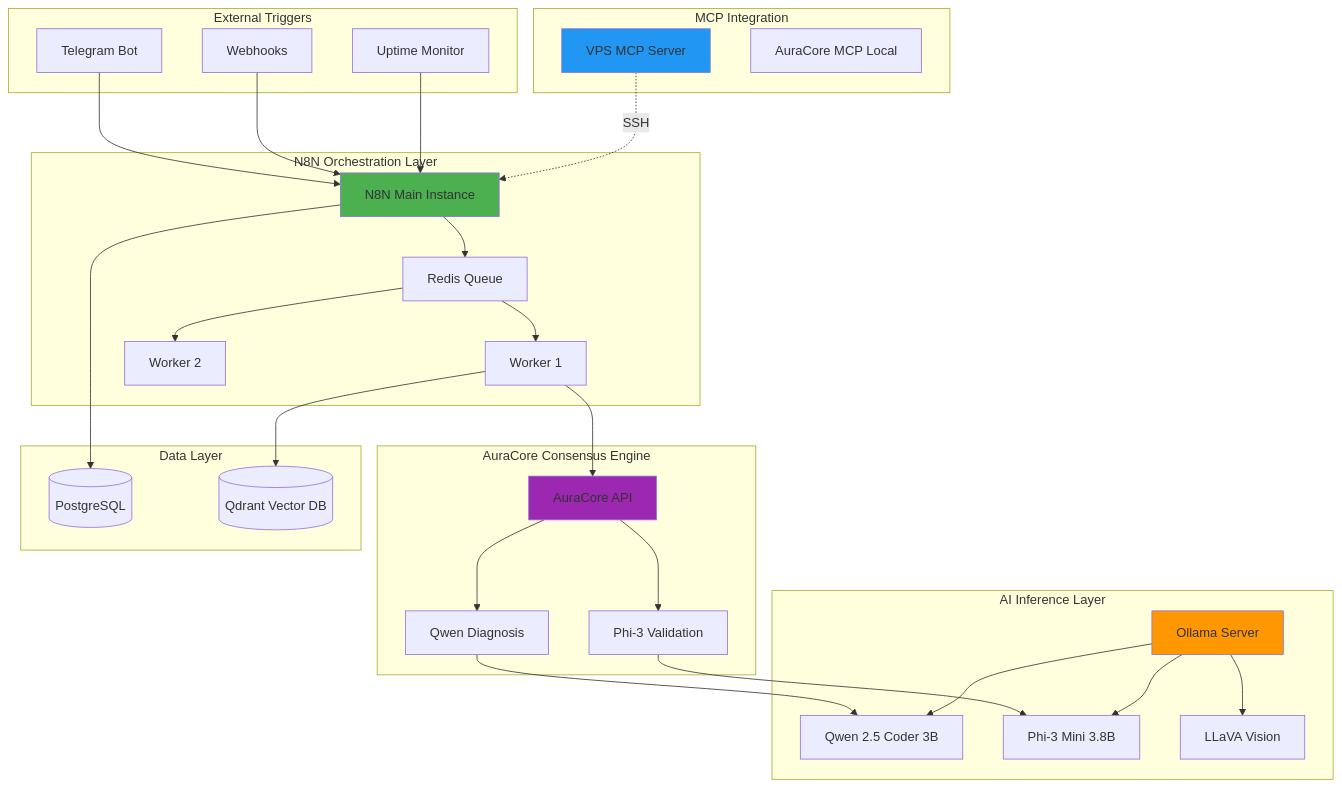
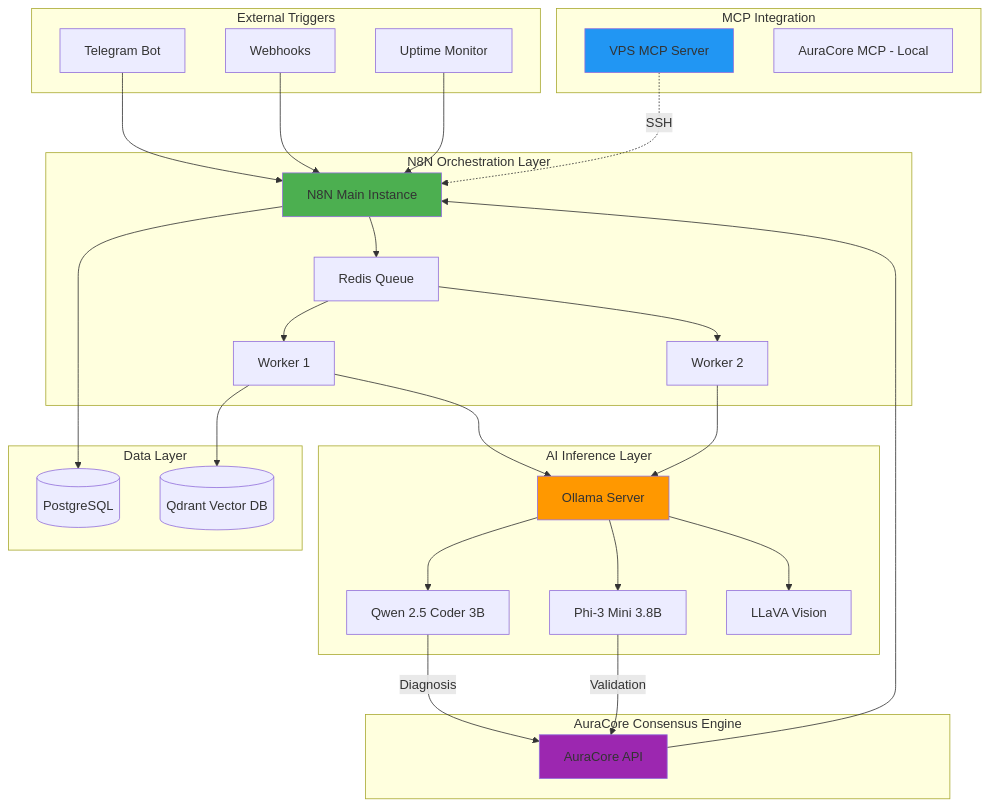
The diagram in README.md (AuraStackAI-Agency/VPS-debian), drawn with Mermaid before and after one commit. The commit also changed other lines of this file and 1 other file, not shown here.

Commit message:
docs: Add Phi-3 LLM and AuraCore MCP documentation

````diff
--- a/README.md
+++ b/README.md
@@ -35,66 +35,63 @@
 ```mermaid
 graph TB
     subgraph "External Triggers"
         TG[Telegram Bot]
         WH[Webhooks]
         MON[Uptime Monitor]
     end
     
     subgraph "N8N Orchestration Layer"
         N8N_MAIN[N8N Main Instance]
         N8N_W1[Worker 1]
         N8N_W2[Worker 2]
         REDIS[Redis Queue]
     end
     
     subgraph "AI Inference Layer"
         OLLAMA[Ollama Server]
         QWEN[Qwen 2.5 Coder 3B]
         PHI3[Phi-3 Mini 3.8B]
         LLAVA[LLaVA Vision]
     end
     
     subgraph "AuraCore Consensus Engine"
         AURACORE[AuraCore API]
-        DIAGNOSIS[Qwen Diagnosis]
-        VALIDATION[Phi-3 Validation]
+        QWEN -->|Diagnosis| AURACORE
+        PHI3 -->|Validation| AURACORE
     end
     
     subgraph "Data Layer"
         PG[(PostgreSQL)]
         QDRANT[(Qdrant Vector DB)]
     end
     
     subgraph "MCP Integration"
         MCP_VPS[VPS MCP Server]
-        MCP_LOCAL[AuraCore MCP Local]
+        MCP_LOCAL[AuraCore MCP - Local]
     end
     
     TG --> N8N_MAIN
     WH --> N8N_MAIN
     MON --> N8N_MAIN
     
     N8N_MAIN --> REDIS
     REDIS --> N8N_W1
     REDIS --> N8N_W2
     
-    N8N_W1 --> AURACORE
-    AURACORE --> DIAGNOSIS
-    AURACORE --> VALIDATION
-    DIAGNOSIS --> QWEN
-    VALIDATION --> PHI3
+    N8N_W1 --> OLLAMA
+    N8N_W2 --> OLLAMA
+    N8N_MAIN --> PG
+    N8N_W1 --> QDRANT
     
     OLLAMA --> QWEN
     OLLAMA --> PHI3
     OLLAMA --> LLAVA
     
-    N8N_MAIN --> PG
-    N8N_W1 --> QDRANT
-    
+    AURACORE --> N8N_MAIN
     MCP_VPS -.SSH.-> N8N_MAIN
     
     style N8N_MAIN fill:#4CAF50
     style OLLAMA fill:#FF9800
     style AURACORE fill:#9C27B0
     style MCP_VPS fill:#2196F3
 ```
````
